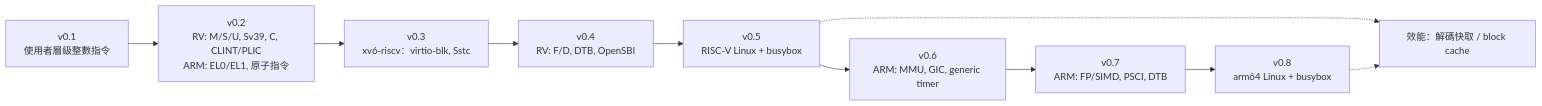
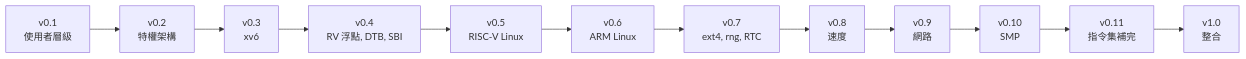
Before and after one commit to ccc-claude-opus/ruvm: the diagram in doc/roadmap.md, drawn with Mermaid. The commit also changed other lines of this file and 15 other files, not shown here.

````diff
--- a/doc/roadmap.md
+++ b/doc/roadmap.md
@@ -5,12 +5,14 @@
 ```mermaid
 flowchart LR
-    v01["v0.1<br/>使用者層級整數指令"] --> v02["v0.2<br/>RV: M/S/U, Sv39, C, CLINT/PLIC<br/>ARM: EL0/EL1, 原子指令"]
-    v02 --> v03["v0.3<br/>xv6-riscv：virtio-blk, Sstc"]
-    v03 --> v04["v0.4<br/>RV: F/D, DTB, OpenSBI"]
-    v04 --> v05["v0.5<br/>RISC-V Linux + busybox"]
-    v05 --> v06["v0.6<br/>ARM: MMU, GIC, generic timer"]
-    v06 --> v07["v0.7<br/>ARM: FP/SIMD, PSCI, DTB"]
-    v07 --> v08["v0.8<br/>arm64 Linux + busybox"]
-    v05 -.-> perf["效能：解碼快取 / block cache"]
-    v08 -.-> perf
+    v01["v0.1<br/>使用者層級"] --> v02["v0.2<br/>特權架構"]
+    v02 --> v03["v0.3<br/>xv6"]
+    v03 --> v04["v0.4<br/>RV 浮點, DTB, SBI"]
+    v04 --> v05["v0.5<br/>RISC-V Linux"]
+    v05 --> v06["v0.6<br/>ARM Linux"]
+    v06 --> v07["v0.7<br/>ext4, rng, RTC"]
+    v07 --> v08["v0.8<br/>速度"]
+    v08 --> v09["v0.9<br/>網路"]
+    v09 --> v10["v0.10<br/>SMP"]
+    v10 --> v11["v0.11<br/>指令集補完"]
+    v11 --> v10f["v1.0<br/>整合"]
 ```
````
